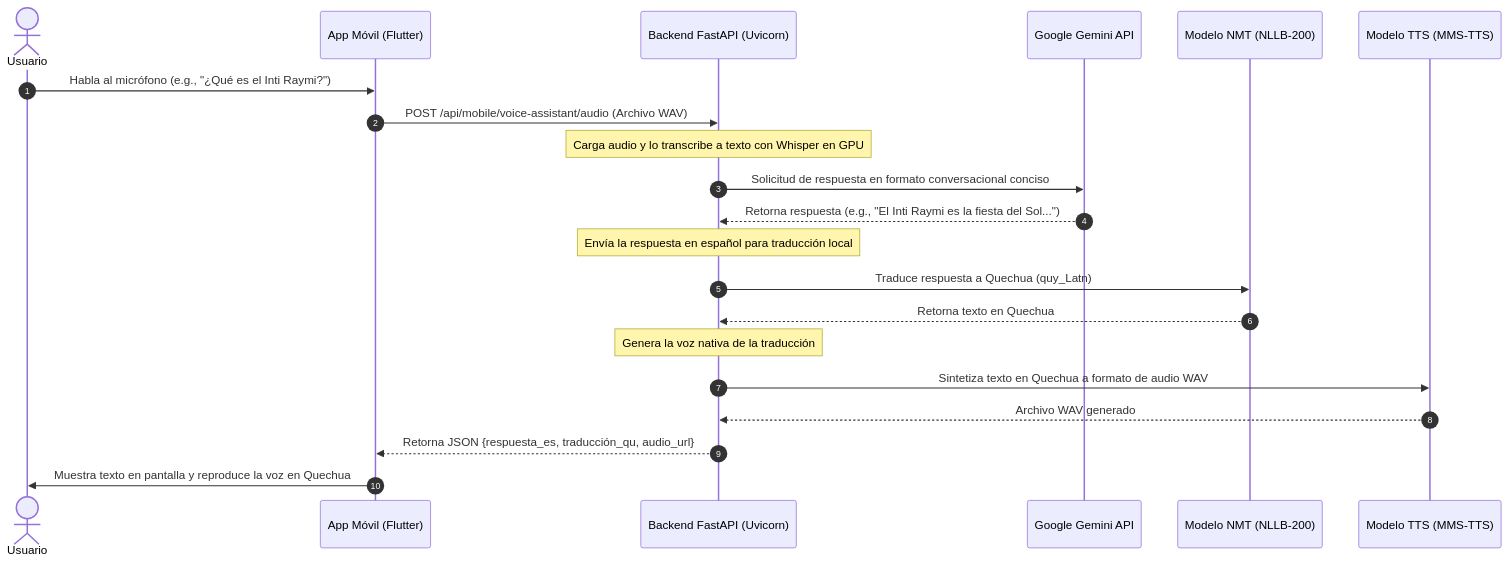
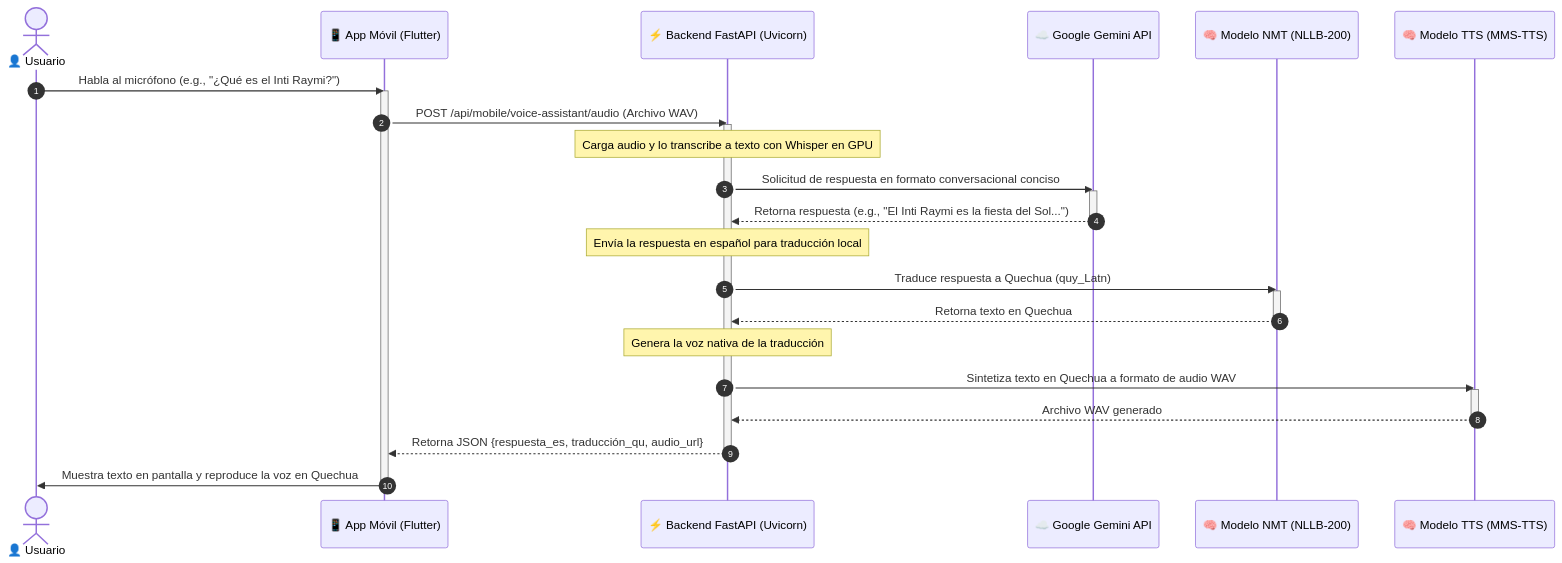
One commit to jhanslarico11/Perfil-de-Egreso changed the second of 2 diagrams in docs/BraynerAnibalMamaniCalcina/entregable1.md. Above: the diagram before and after it, drawn with Mermaid. The commit also changed other lines of this file, not shown here.

````diff
--- a/docs/BraynerAnibalMamaniCalcina/entregable1.md
+++ b/docs/BraynerAnibalMamaniCalcina/entregable1.md
@@ -100,24 +113,34 @@
 ```mermaid
 sequenceDiagram
     autonumber
-    actor Usuario
-    participant App as App Móvil (Flutter)
-    participant API as Backend FastAPI (Uvicorn)
-    participant Gemini as Google Gemini API
-    participant NLLB as Modelo NMT (NLLB-200)
-    participant TTS as Modelo TTS (MMS-TTS)
+    actor Usuario as 👤 Usuario
+    participant App as 📱 App Móvil (Flutter)
+    participant API as ⚡ Backend FastAPI (Uvicorn)
+    participant Gemini as ☁️ Google Gemini API
+    participant NLLB as 🧠 Modelo NMT (NLLB-200)
+    participant TTS as 🧠 Modelo TTS (MMS-TTS)
 
     Usuario->>App: Habla al micrófono (e.g., "¿Qué es el Inti Raymi?")
+    activate App
     App->>API: POST /api/mobile/voice-assistant/audio (Archivo WAV)
+    activate API
     Note over API: Carga audio y lo transcribe a texto con Whisper en GPU
     API->>Gemini: Solicitud de respuesta en formato conversacional conciso
+    activate Gemini
     Gemini-->>API: Retorna respuesta (e.g., "El Inti Raymi es la fiesta del Sol...")
+    deactivate Gemini
     Note over API: Envía la respuesta en español para traducción local
     API->>NLLB: Traduce respuesta a Quechua (quy_Latn)
+    activate NLLB
     NLLB-->>API: Retorna texto en Quechua
+    deactivate NLLB
     Note over API: Genera la voz nativa de la traducción
     API->>TTS: Sintetiza texto en Quechua a formato de audio WAV
+    activate TTS
     TTS-->>API: Archivo WAV generado
+    deactivate TTS
     API-->>App: Retorna JSON {respuesta_es, traducción_qu, audio_url}
+    deactivate API
     App->>Usuario: Muestra texto en pantalla y reproduce la voz en Quechua
+    deactivate App
 ```
````
